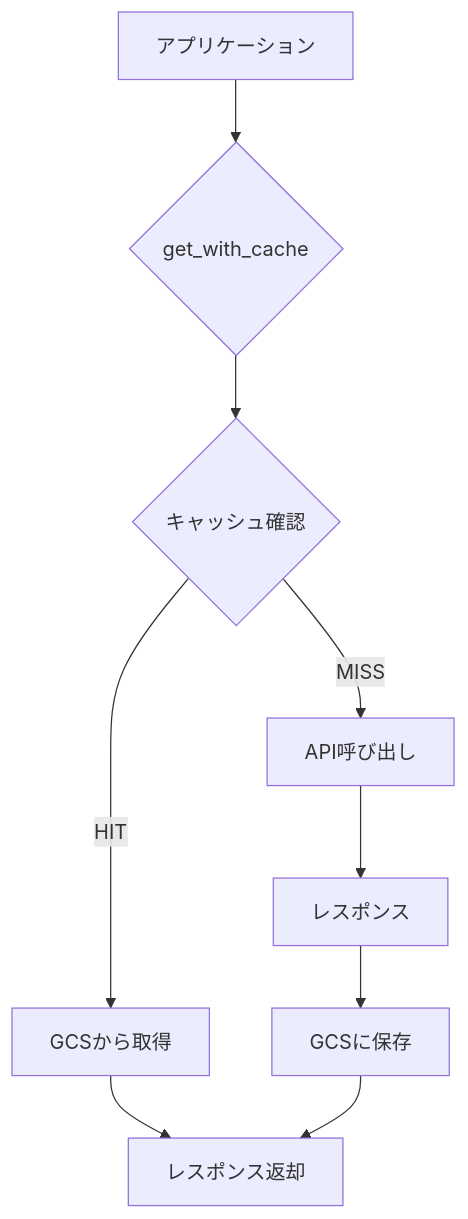
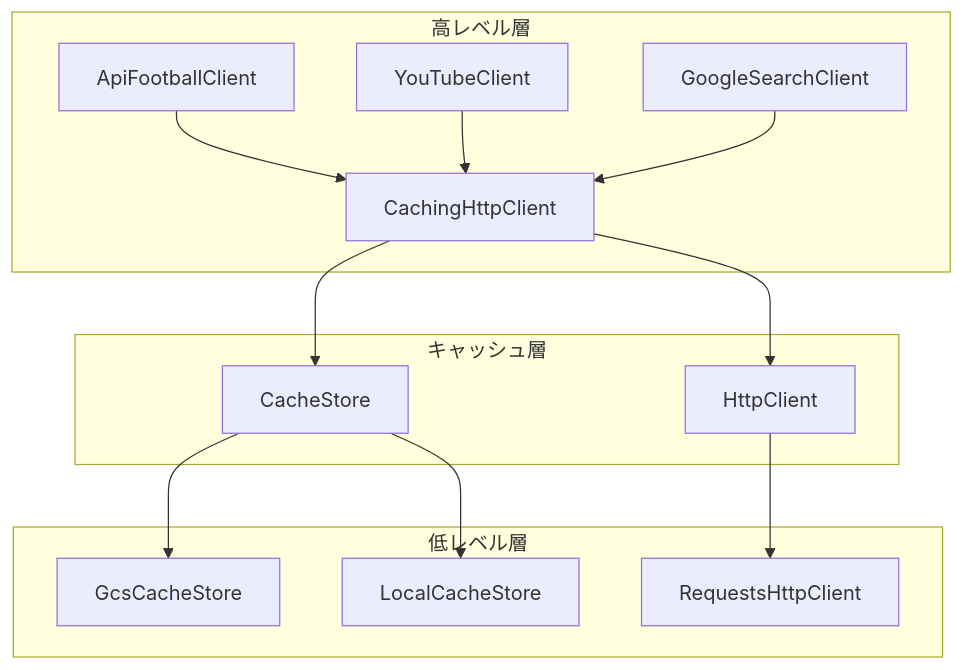
One commit to igrekplus/football-delay-watching changed the first of 2 diagrams in docs/02_design/cache_design.md. Above: the diagram before and after it, drawn with Mermaid. The commit also changed other lines of this file, not shown here.

````diff
--- a/docs/02_design/cache_design.md
+++ b/docs/02_design/cache_design.md
@@ -27,11 +30,19 @@
 ```mermaid
 graph TD
-    A[アプリケーション] --> B{get_with_cache}
-    B --> C{キャッシュ確認}
-    C -->|HIT| D[GCSから取得]
-    C -->|MISS| E[API呼び出し]
-    E --> F[レスポンス]
-    F --> G[GCSに保存]
-    D --> H[レスポンス返却]
-    G --> H
+    subgraph "高レベル層"
+        A[ApiFootballClient] --> B[CachingHttpClient]
+        Y[YouTubeClient] --> B
+        G[GoogleSearchClient] --> B
+    end
+    
+    subgraph "キャッシュ層"
+        B --> C[CacheStore]
+        B --> D[HttpClient]
+    end
+    
+    subgraph "低レベル層"
+        C --> E[GcsCacheStore]
+        C --> F[LocalCacheStore]
+        D --> H[RequestsHttpClient]
+    end
 ```
````
